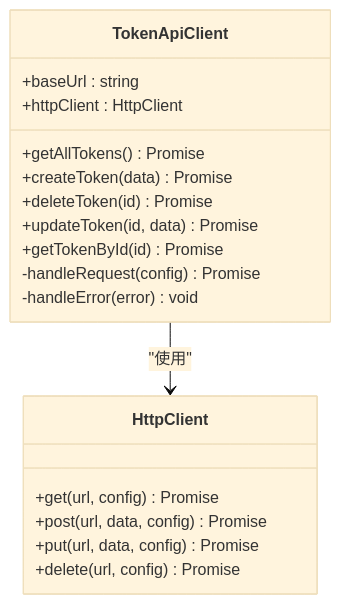
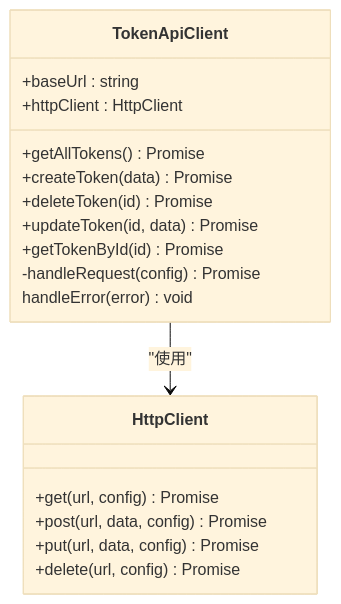
Before and after one commit to leimu-hue/AI-Trend-Tool: the seventh of 10 diagrams in .qoder/repowiki/zh/content/开发指南/前端开发指南/令牌管理页面.md, drawn with Mermaid (base theme). The commit also changed other lines of this file and 5 other files, not shown here.

````diff
--- a/.qoder/repowiki/zh/content/开发指南/前端开发指南/令牌管理页面.md
+++ b/.qoder/repowiki/zh/content/开发指南/前端开发指南/令牌管理页面.md
@@ -290,21 +308,21 @@
 ```mermaid
 classDiagram
 class TokenApiClient {
 +baseUrl : string
 +httpClient : HttpClient
 +getAllTokens() Promise<Token[]>
 +createToken(data) Promise<Token>
 +deleteToken(id) Promise<void>
 +updateToken(id, data) Promise<Token>
 +getTokenById(id) Promise<Token>
 -handleRequest(config) Promise<any>
--handleError(error) void
+handleError(error) void
 }
 class HttpClient {
 +get(url, config) Promise<Response>
 +post(url, data, config) Promise<Response>
 +put(url, data, config) Promise<Response>
 +delete(url, config) Promise<Response>
 }
 TokenApiClient --> HttpClient : "使用"
 ```
````
